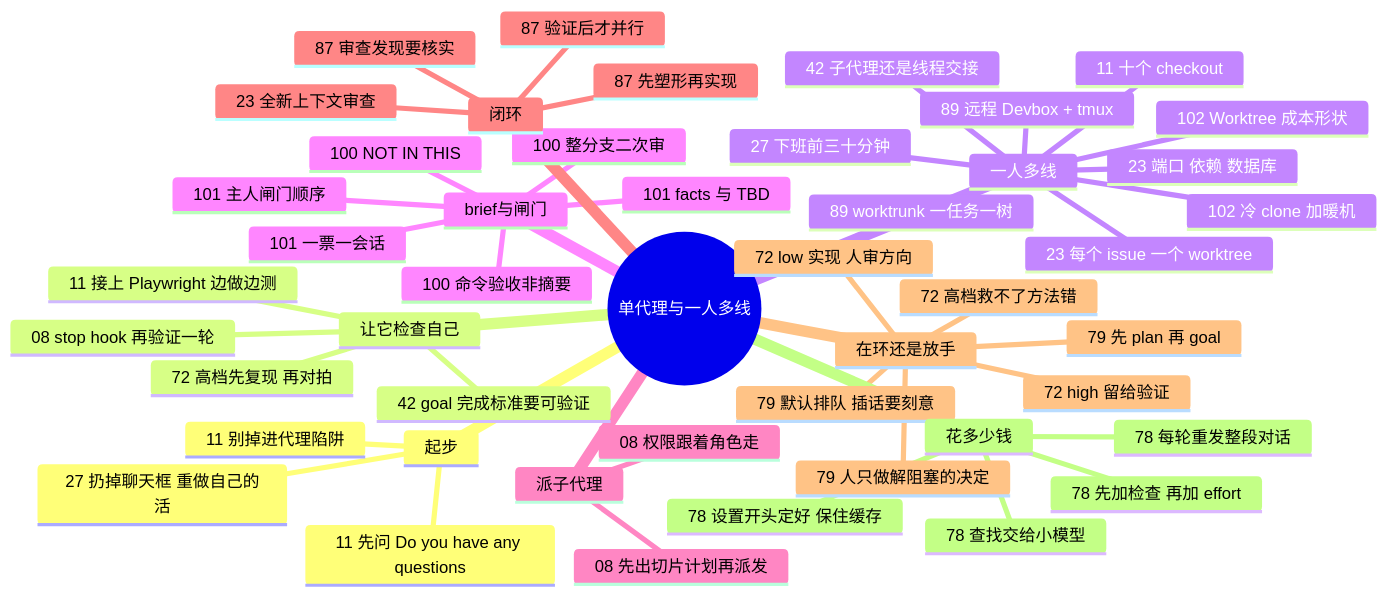
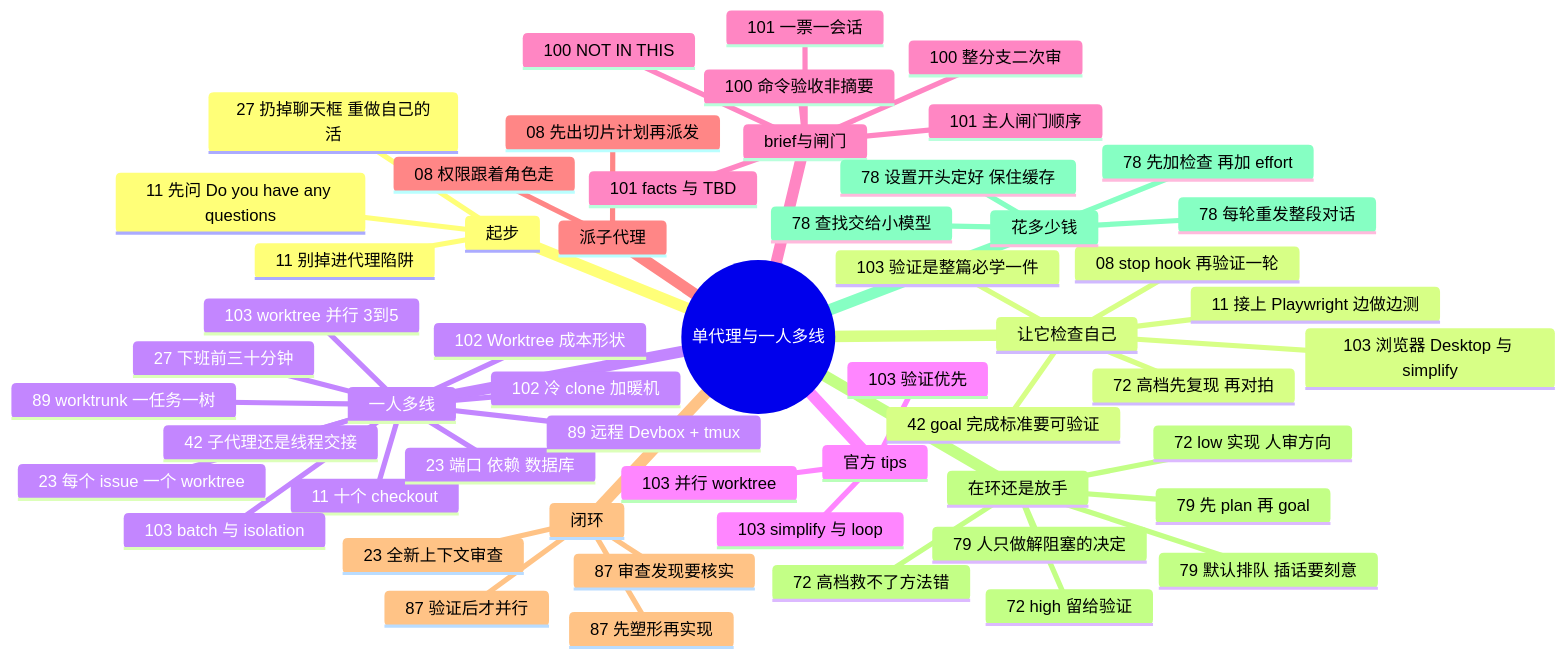
Before and after one commit to yzw7489757/ai-coding-videos: the diagram in docs/guide/solo.md, drawn with Mermaid. The commit also changed other lines of this file and 16 other files, not shown here.

````diff
--- a/docs/guide/solo.md
+++ b/docs/guide/solo.md
@@ -15,50 +15,58 @@
 ```mermaid
 mindmap
   root((单代理与一人多线))
     起步
       27 扔掉聊天框 重做自己的活
       11 先问 Do you have any questions
       11 别掉进代理陷阱
     让它检查自己
       11 接上 Playwright 边做边测
       42 goal 完成标准要可验证
       08 stop hook 再验证一轮
       72 高档先复现 再对拍
+      103 验证是整篇必学一件
+      103 浏览器 Desktop 与 simplify
     一人多线
       11 十个 checkout
       23 每个 issue 一个 worktree
       23 端口 依赖 数据库
+      103 worktree 并行 3到5
+      103 batch 与 isolation
       102 Worktree 成本形状
       102 冷 clone 加暖机
       89 远程 Devbox + tmux
       89 worktrunk 一任务一树
       27 下班前三十分钟
       42 子代理还是线程交接
+    官方 tips
+      103 验证优先
+      103 并行 worktree
+      103 simplify 与 loop
     brief与闸门
       100 NOT IN THIS
       100 命令验收非摘要
       100 整分支二次审
       101 主人闸门顺序
       101 facts 与 TBD
       101 一票一会话
     派子代理
       08 先出切片计划再派发
       08 权限跟着角色走
     闭环
       87 先塑形再实现
       87 验证后才并行
       87 审查发现要核实
       23 全新上下文审查
     在环还是放手
       72 low 实现 人审方向
       72 high 留给验证
       72 高档救不了方法错
       79 人只做解阻塞的决定
       79 默认排队 插话要刻意
       79 先 plan 再 goal
     花多少钱
       78 每轮重发整段对话
       78 先加检查 再加 effort
       78 查找交给小模型
       78 设置开头定好 保住缓存
 ```
````
